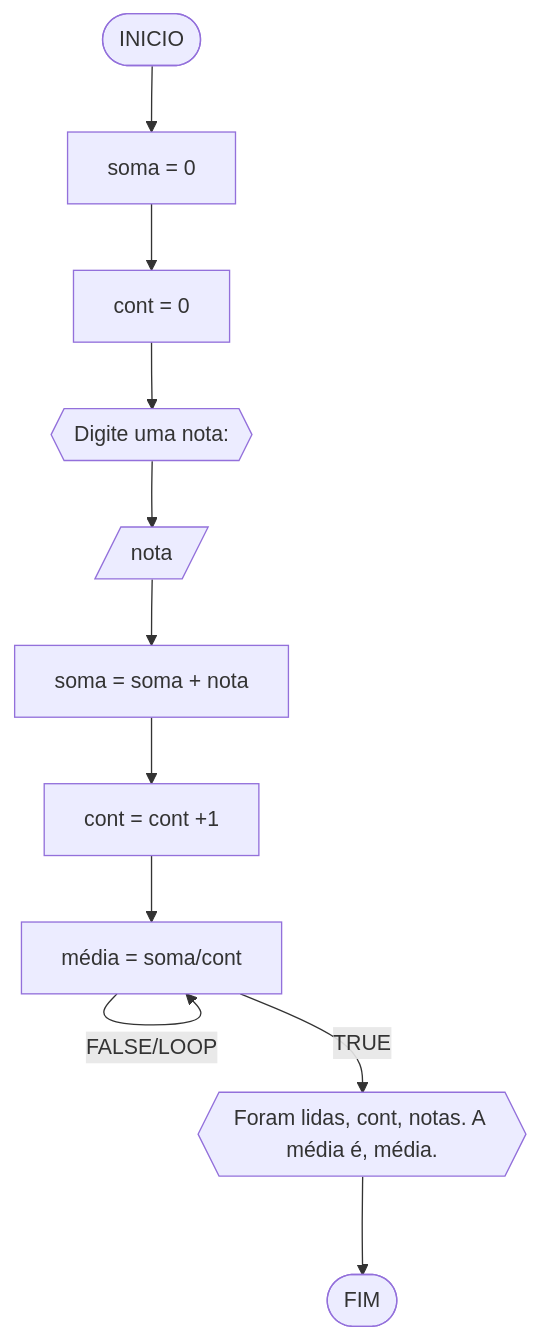
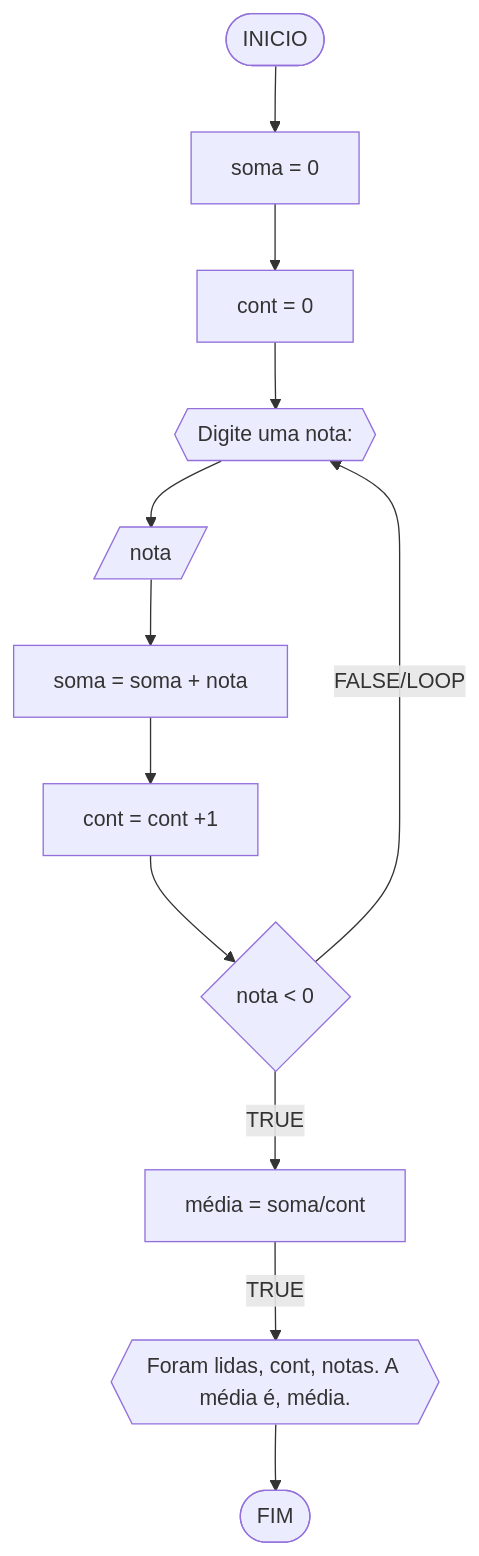
Before and after one commit to clara-paterno/unifor: the sixth of 6 diagrams in RLA/unidade1/lista3.md, drawn with Mermaid.

````diff
--- a/RLA/unidade1/lista3.md
+++ b/RLA/unidade1/lista3.md
@@ -251,13 +251,14 @@
 ```mermaid
 flowchart TD
 A([INICIO]) --> B[soma = 0]
 B --> C[cont = 0]
 C --> D{{Digite uma nota: }}
 D --> E[/nota/]
 E --> F[soma = soma + nota]
 F --> G[cont = cont +1]
 G --> H{nota < 0}
-H --FALSE/LOOP--> H[média = soma/cont ] 
-H --TRUE--> I{{Foram lidas, cont, notas. A média é, média.}}
-I --> J([FIM])
+H --FALSE/LOOP--> D 
+H -- TRUE--> I[média = soma/cont ] 
+I --TRUE--> J{{Foram lidas, cont, notas. A média é, média.}}
+J --> K([FIM])
 ```
````
